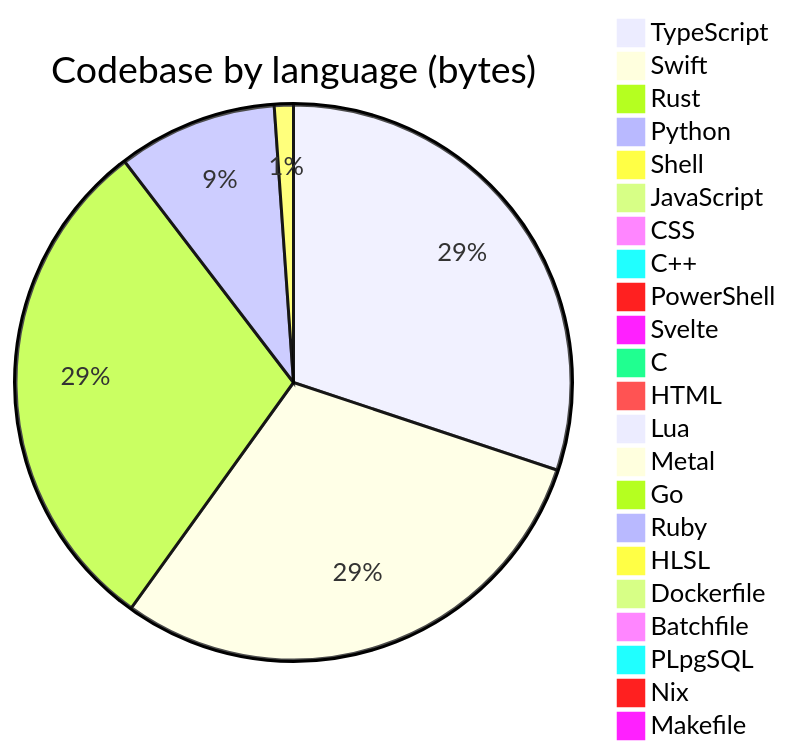
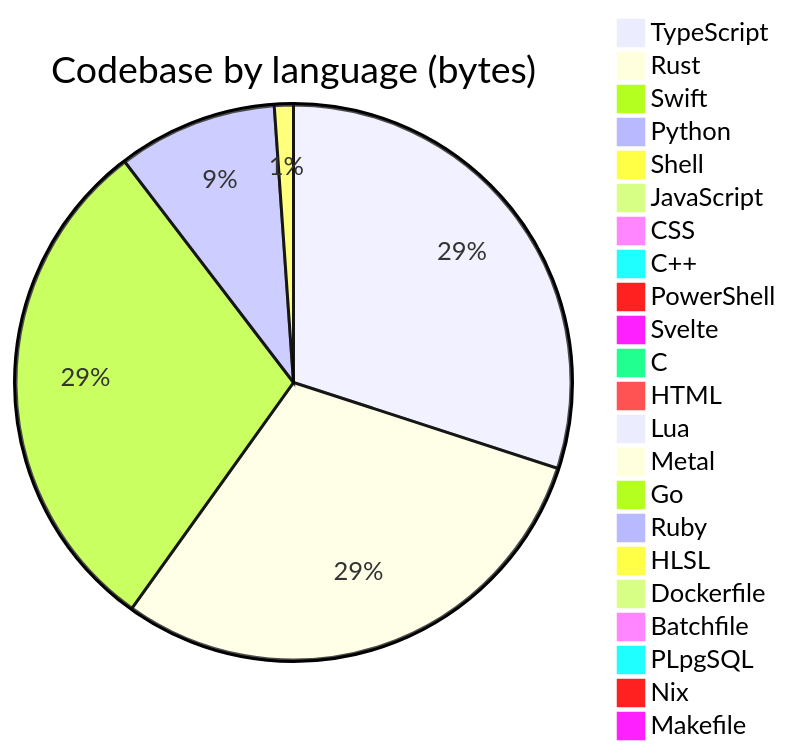
One commit to Open330/.github changed the diagram in profile/README.md. Above: the diagram before and after it, drawn with Mermaid. The commit also changed other lines of this file and 1 other file, not shown here.

````diff
--- a/profile/README.md
+++ b/profile/README.md
@@ -139,25 +139,25 @@
 ```mermaid
 pie title Codebase by language (bytes)
     "TypeScript" : 39863043
-    "Swift" : 39487127
-    "Rust" : 39313188
-    "Python" : 12279046
-    "Shell" : 1470322
-    "JavaScript" : 1032934
+    "Rust" : 39695882
+    "Swift" : 39501258
+    "Python" : 12325077
+    "Shell" : 1471777
+    "JavaScript" : 1035196
     "CSS" : 562795
     "C++" : 388775
     "PowerShell" : 333788
     "Svelte" : 275766
     "C" : 197825
     "HTML" : 183640
     "Lua" : 48814
     "Metal" : 33192
     "Go" : 22811
     "Ruby" : 9499
     "HLSL" : 7527
     "Dockerfile" : 7454
     "Batchfile" : 5660
     "PLpgSQL" : 5283
     "Nix" : 3168
     "Makefile" : 1692
 ```
````
